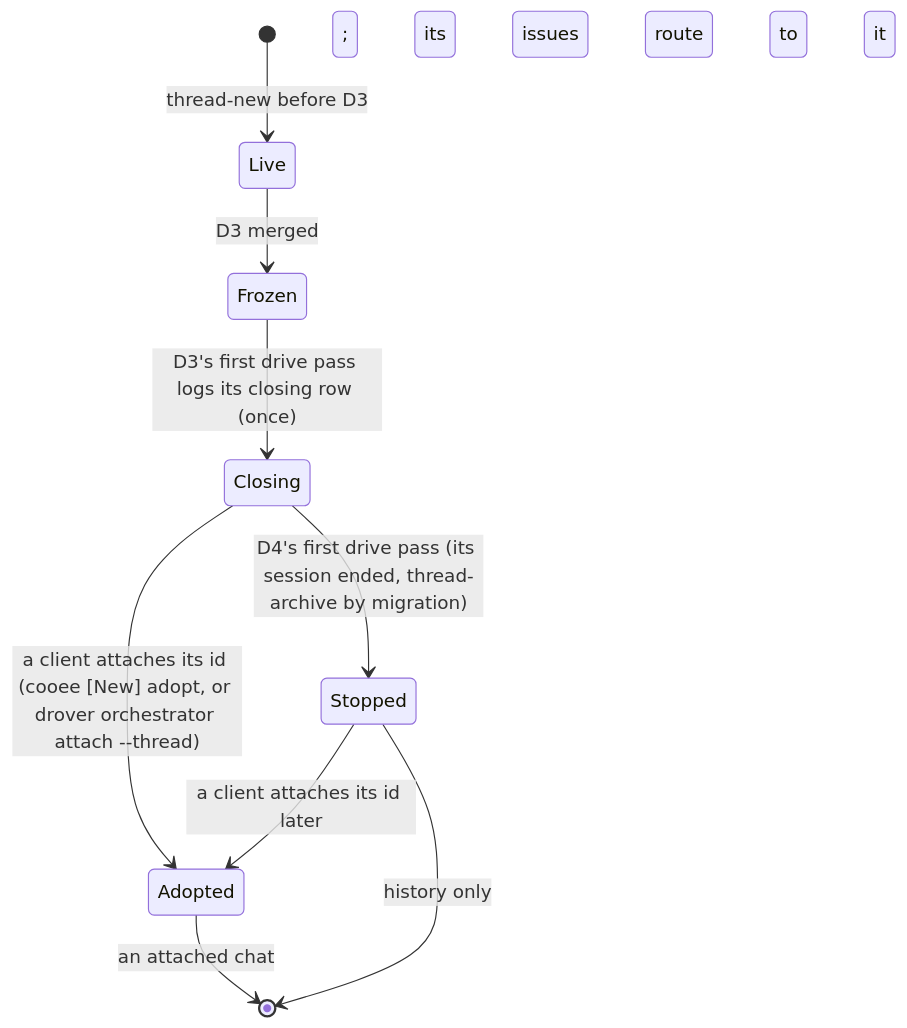
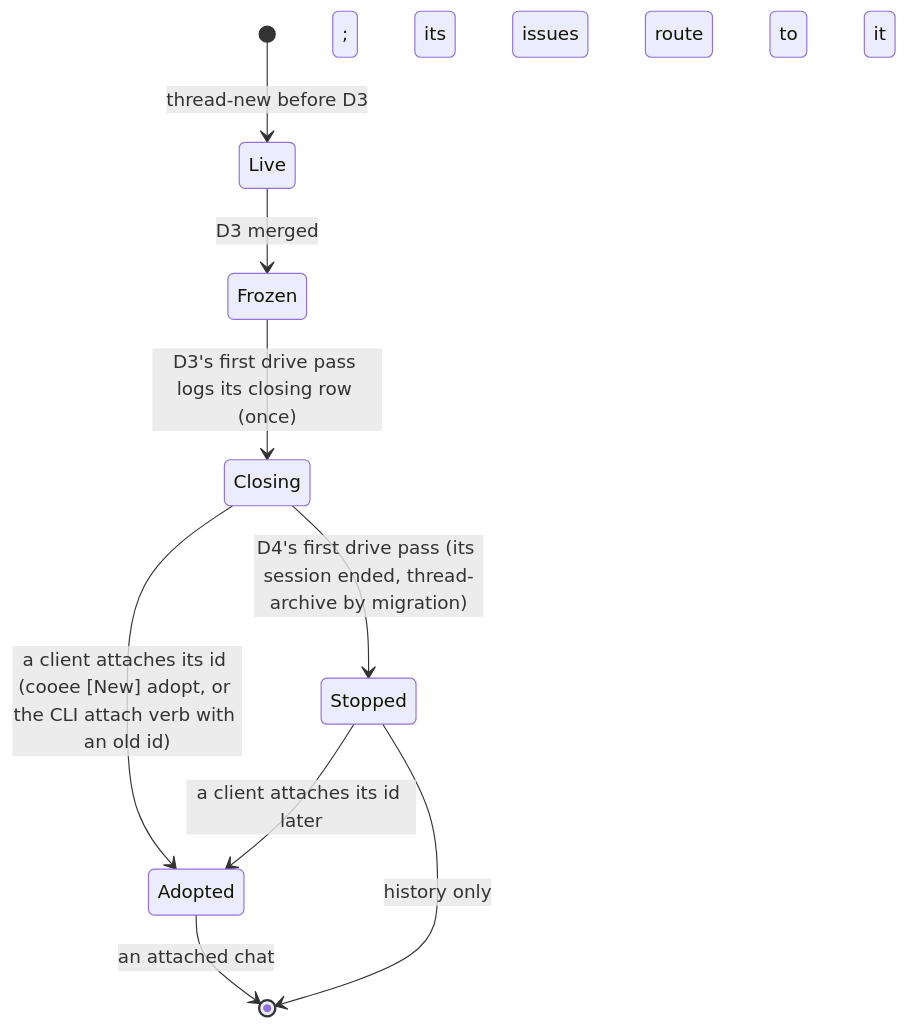
The second of 4 diagrams in docs/architecture/cooee-threads/boundaries.md (jirathip-dev/drover), drawn with Mermaid before and after one commit. The commit also changed other lines of this file and 3 other files, not shown here.

Commit message:
architect: doc paths arch-check resolves (#1571)

````diff
--- a/docs/architecture/cooee-threads/boundaries.md
+++ b/docs/architecture/cooee-threads/boundaries.md
@@ -63,11 +63,11 @@
 ```mermaid
 stateDiagram-v2
     [*] --> Live: thread-new before D3
     Live --> Frozen: D3 merged
     Frozen --> Closing: D3's first drive pass logs its closing row (once)
-    Closing --> Adopted: a client attaches its id (cooee [New] adopt, or drover orchestrator attach --thread)
+    Closing --> Adopted: a client attaches its id (cooee [New] adopt, or the CLI attach verb with an old id)
     Closing --> Stopped: D4's first drive pass (its session ended, thread-archive by migration)
     Adopted --> [*]: an attached chat; its issues route to it
     Stopped --> Adopted: a client attaches its id later
     Stopped --> [*]: history only
 ```
````
